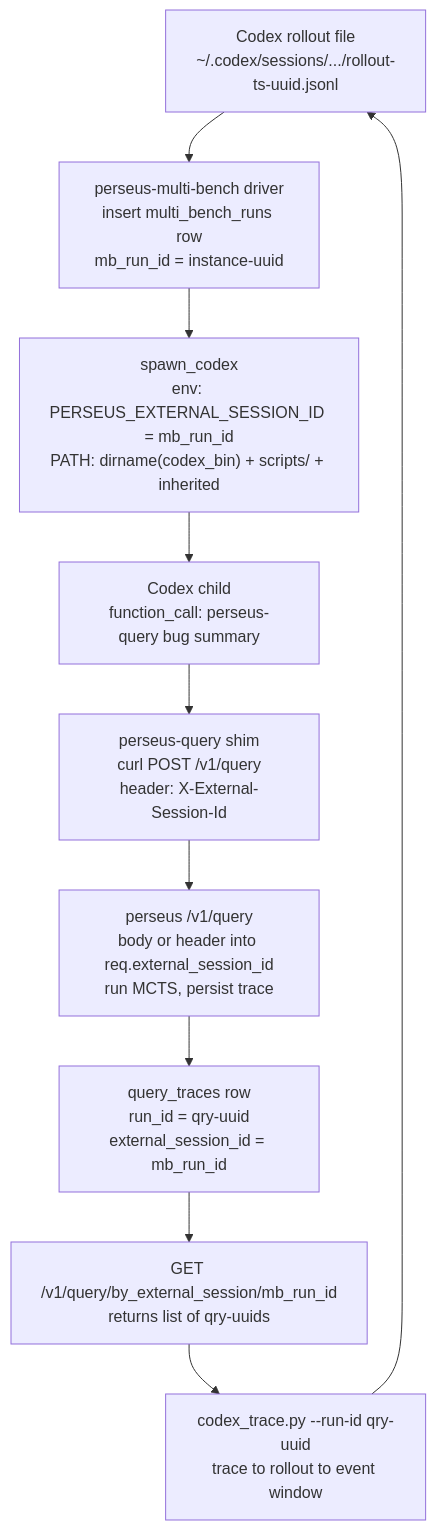
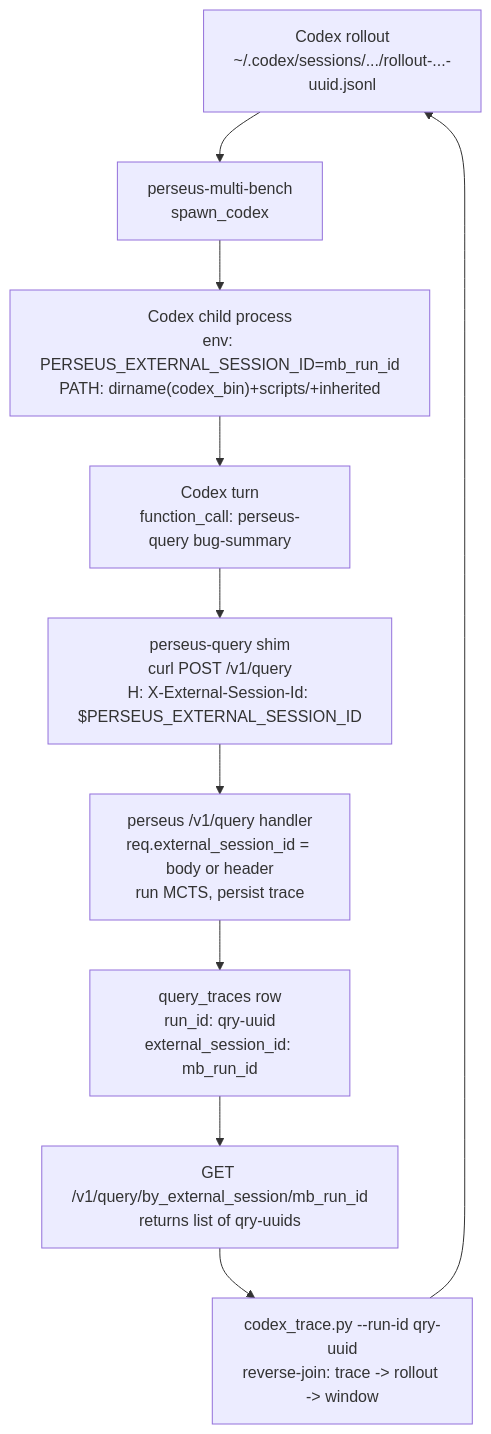
Before and after one commit to samrathchadha/perseusresearch: the diagram in src/content/essays/codex-integration.mdx, drawn with Mermaid. The commit also changed other lines of this file and 31 other files, not shown here.

````diff
--- a/src/content/essays/codex-integration.mdx
+++ b/src/content/essays/codex-integration.mdx
@@ -232,14 +312,12 @@
 ```mermaid
 flowchart TD
-    A["Codex rollout file\n~/.codex/sessions/.../rollout-ts-uuid.jsonl"]
-    B["perseus-multi-bench driver\ninsert multi_bench_runs row\nmb_run_id = instance-uuid"]
-    C["spawn_codex\nenv: PERSEUS_EXTERNAL_SESSION_ID = mb_run_id\nPATH: dirname(codex_bin) + scripts/ + inherited"]
-    D["Codex child\nfunction_call: perseus-query bug summary"]
-    E["perseus-query shim\ncurl POST /v1/query\nheader: X-External-Session-Id"]
-    F["perseus /v1/query\nbody or header into req.external_session_id\nrun MCTS, persist trace"]
-    G["query_traces row\nrun_id = qry-uuid\nexternal_session_id = mb_run_id"]
-    H["GET /v1/query/by_external_session/mb_run_id\nreturns list of qry-uuids"]
-    I["codex_trace.py --run-id qry-uuid\ntrace to rollout to event window"]
-
-    A --> B --> C --> D --> E --> F --> G --> H --> I --> A
+    A["Codex rollout<br/>~/.codex/sessions/.../rollout-...-uuid.jsonl"] --> B["perseus-multi-bench<br/>spawn_codex"]
+    B --> C["Codex child process<br/>env: PERSEUS_EXTERNAL_SESSION_ID=mb_run_id<br/>PATH: dirname(codex_bin)+scripts/+inherited"]
+    C --> D["Codex turn<br/>function_call: perseus-query bug-summary"]
+    D --> E["perseus-query shim<br/>curl POST /v1/query<br/>H: X-External-Session-Id: $PERSEUS_EXTERNAL_SESSION_ID"]
+    E --> F["perseus /v1/query handler<br/>req.external_session_id = body or header<br/>run MCTS, persist trace"]
+    F --> G["query_traces row<br/>run_id: qry-uuid<br/>external_session_id: mb_run_id"]
+    G --> H["GET /v1/query/by_external_session/mb_run_id<br/>returns list of qry-uuids"]
+    H --> I["codex_trace.py --run-id qry-uuid<br/>reverse-join: trace -> rollout -> window"]
+    I --> A
 ```
````
